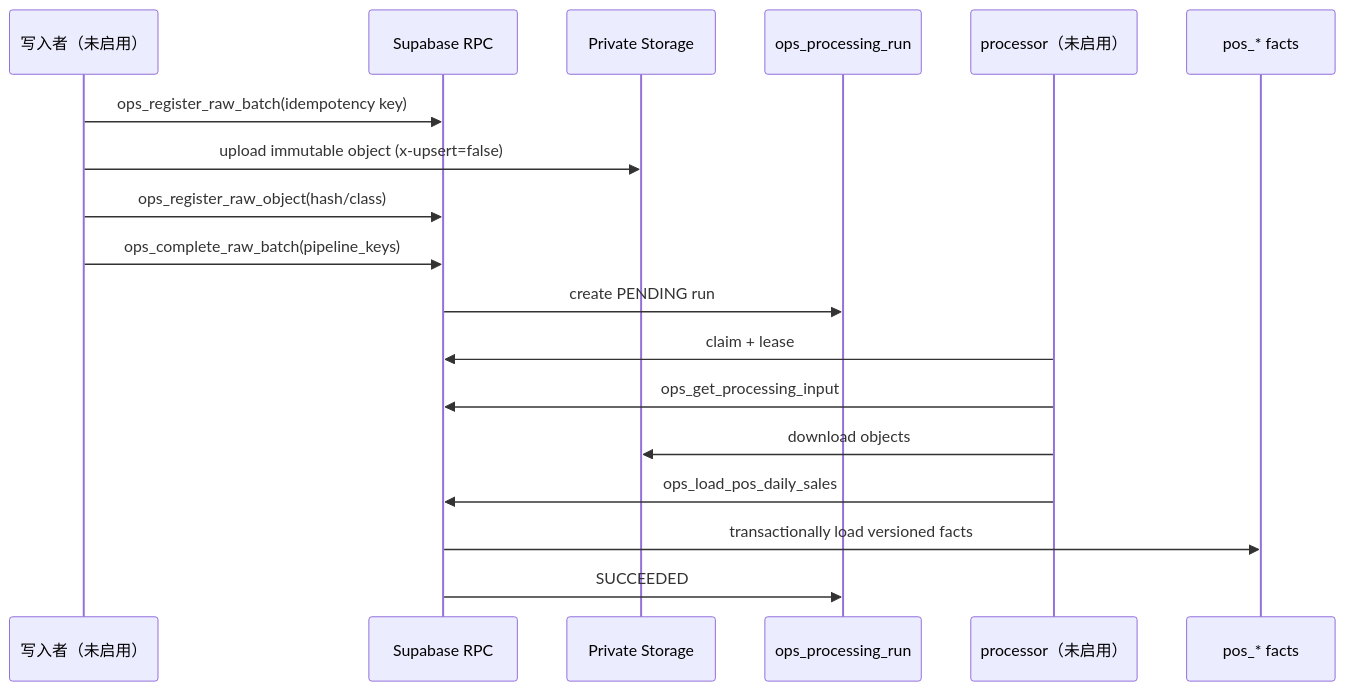
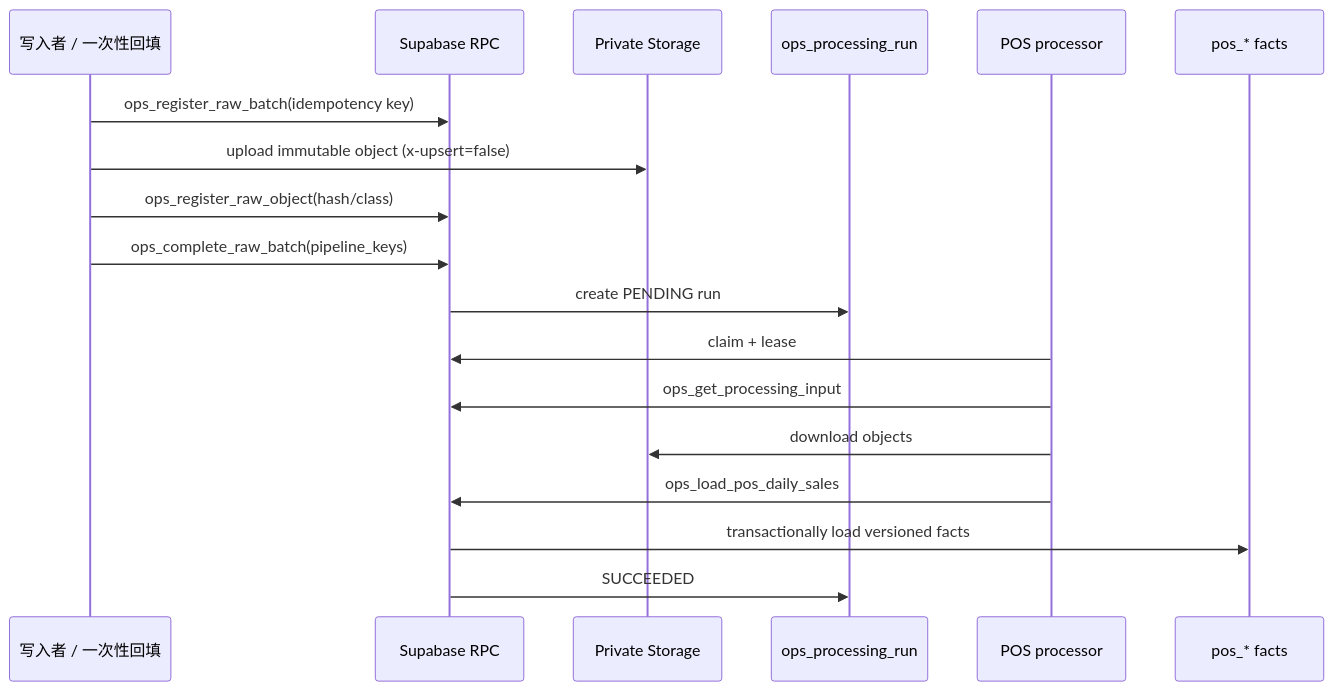
Before and after one commit to AlgerSSS/bakery-ops: the second of 3 diagrams in docs/database/hotcrush-r6-green-database-blueprint-v1.md, drawn with Mermaid. The commit also changed other lines of this file and 24 other files, not shown here.

````diff
--- a/docs/database/hotcrush-r6-green-database-blueprint-v1.md
+++ b/docs/database/hotcrush-r6-green-database-blueprint-v1.md
@@ -271,21 +275,21 @@
 ```mermaid
 sequenceDiagram
-  participant W as 写入者（未启用）
+  participant W as 写入者 / 一次性回填
   participant RPC as Supabase RPC
   participant ST as Private Storage
   participant Q as ops_processing_run
-  participant P as processor（未启用）
+  participant P as POS processor
   participant F as pos_* facts
 
   W->>RPC: ops_register_raw_batch(idempotency key)
   W->>ST: upload immutable object (x-upsert=false)
   W->>RPC: ops_register_raw_object(hash/class)
   W->>RPC: ops_complete_raw_batch(pipeline_keys)
   RPC->>Q: create PENDING run
   P->>RPC: claim + lease
   P->>RPC: ops_get_processing_input
   P->>ST: download objects
   P->>RPC: ops_load_pos_daily_sales
   RPC->>F: transactionally load versioned facts
   RPC->>Q: SUCCEEDED
 ```
````
